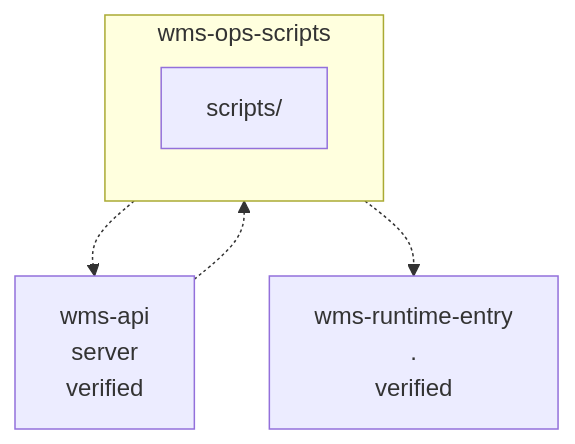
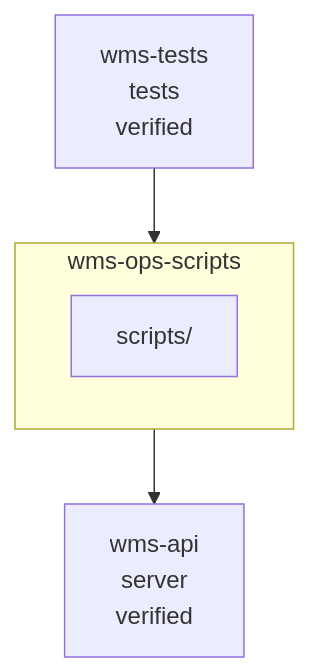
Before and after one commit to Islamce/WMS: the diagram in .ai/diagrams/component-wms-ops-scripts.md, drawn with Mermaid. The commit also changed other lines of this file and 94 other files, not shown here.

````diff
--- a/.ai/diagrams/component-wms-ops-scripts.md
+++ b/.ai/diagrams/component-wms-ops-scripts.md
@@ -7,12 +7,10 @@
 ```mermaid
 graph TB
   subgraph wms_ops_scripts_box["wms-ops-scripts"]
     ep_scripts["scripts/"]
   end
   wms_api["wms-api<br/>server<br/>verified"]
-  wms_ops_scripts_box -.-> wms_api
-  wms_runtime_entry["wms-runtime-entry<br/>.<br/>verified"]
-  wms_ops_scripts_box -.-> wms_runtime_entry
-  wms_api["wms-api<br/>server<br/>verified"]
-  wms_api -.-> wms_ops_scripts_box
+  wms_ops_scripts_box --> wms_api
+  wms_tests["wms-tests<br/>tests<br/>verified"]
+  wms_tests --> wms_ops_scripts_box
 ```
````
